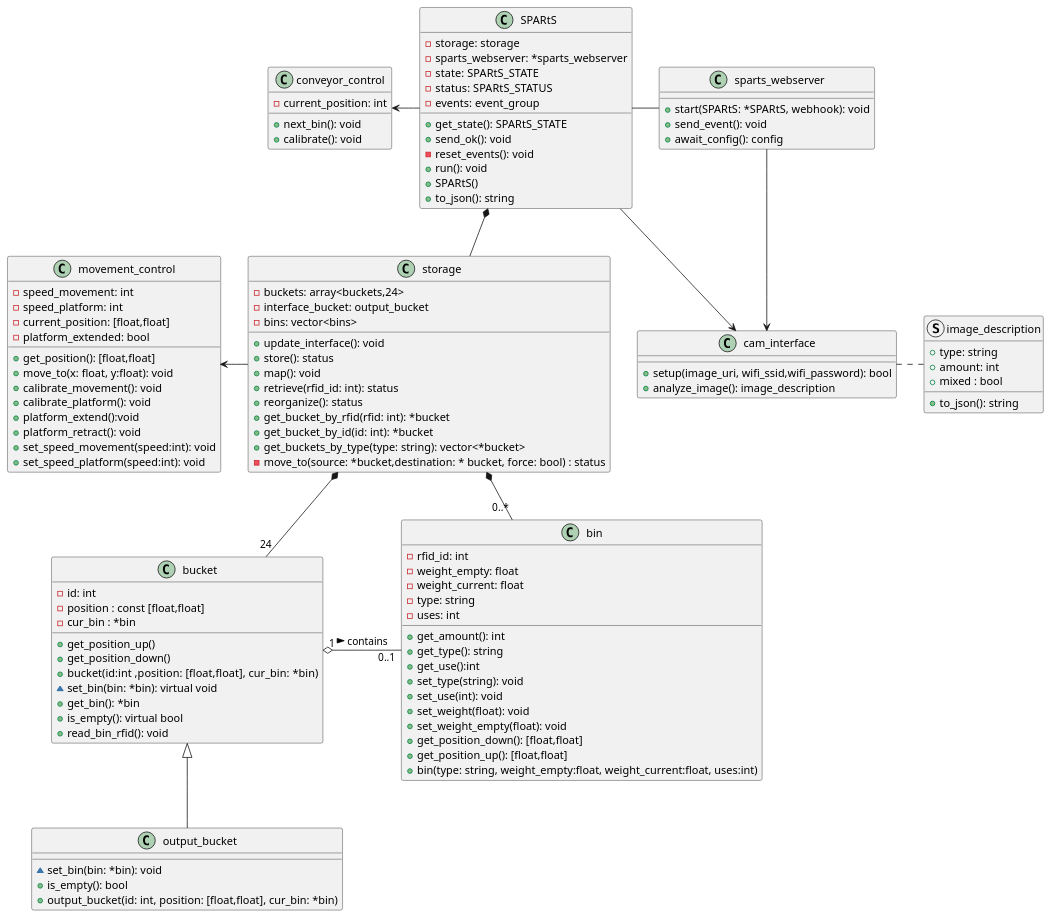
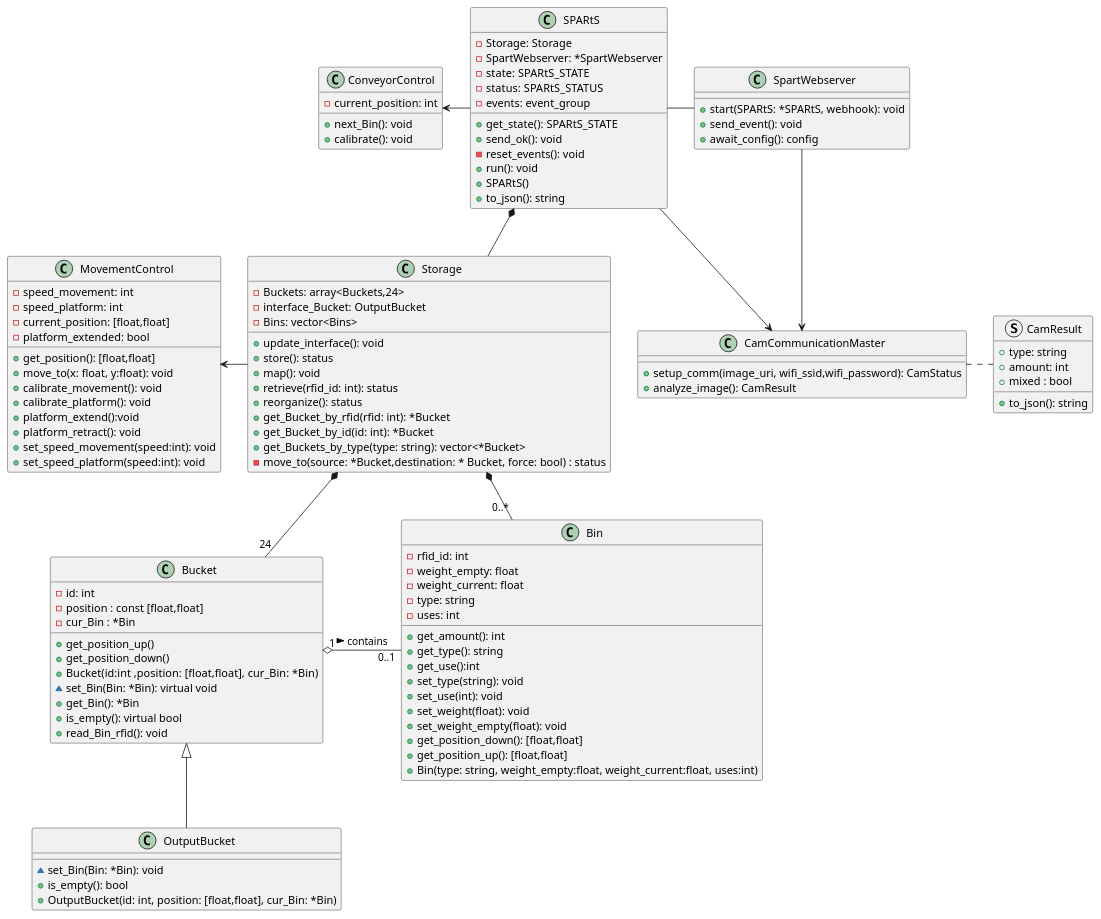
The diagram in docs/Design/class/class.plantuml (walger-lucas/SPARtS), drawn with PlantUML before and after one commit. The commit also changed 1 other file, not shown here.

Commit message:
updated diagram and removed unused code from Sparts main

```diff
--- a/docs/Design/class/class.plantuml
+++ b/docs/Design/class/class.plantuml
@@ -1,128 +1,128 @@
 @startuml class_diagram
 
-class bin {
+class Bin {
     - rfid_id: int
     - weight_empty: float
     - weight_current: float
     - type: string
     - uses: int
     + get_amount(): int 
     + get_type(): string
     + get_use():int
     + set_type(string): void
     + set_use(int): void
     + set_weight(float): void
     + set_weight_empty(float): void
     + get_position_down(): [float,float]
     + get_position_up(): [float,float]
-    + bin(type: string, weight_empty:float, weight_current:float, uses:int)
+    + Bin(type: string, weight_empty:float, weight_current:float, uses:int)
 }
 
-class bucket {
+class Bucket {
     - id: int
     - position : const [float,float]
-    - cur_bin : *bin
+    - cur_Bin : *Bin
     + get_position_up()
     + get_position_down()
-    + bucket(id:int ,position: [float,float],  cur_bin: *bin)
-    ~ set_bin(bin: *bin): virtual void
-    + get_bin(): *bin
+    + Bucket(id:int ,position: [float,float],  cur_Bin: *Bin)
+    ~ set_Bin(Bin: *Bin): virtual void
+    + get_Bin(): *Bin
     + is_empty(): virtual bool
-    + read_bin_rfid(): void
+    + read_Bin_rfid(): void
 
 }
 
-class output_bucket {
-    ~ set_bin(bin: *bin): void
+class OutputBucket {
+    ~ set_Bin(Bin: *Bin): void
     + is_empty(): bool
-    + output_bucket(id: int, position: [float,float], cur_bin: *bin)
+    + OutputBucket(id: int, position: [float,float], cur_Bin: *Bin)
 }
 
-class storage
+class Storage
 {
-    - buckets: array<buckets,24>
-    - interface_bucket: output_bucket
-    - bins: vector<bins>
+    - Buckets: array<Buckets,24>
+    - interface_Bucket: OutputBucket
+    - Bins: vector<Bins>
     + update_interface(): void
     + store(): status
     + map(): void
     + retrieve(rfid_id: int): status
     + reorganize(): status
-    + get_bucket_by_rfid(rfid: int): *bucket
-    + get_bucket_by_id(id: int): *bucket
-    + get_buckets_by_type(type: string): vector<*bucket>
-    - move_to(source: *bucket,destination: * bucket, force: bool) : status
+    + get_Bucket_by_rfid(rfid: int): *Bucket
+    + get_Bucket_by_id(id: int): *Bucket
+    + get_Buckets_by_type(type: string): vector<*Bucket>
+    - move_to(source: *Bucket,destination: * Bucket, force: bool) : status
 }
 
-bucket "1" o- "0..1" bin : contains >
-bucket <|-- output_bucket
+Bucket "1" o- "0..1" Bin : contains >
+Bucket <|-- OutputBucket
 
-storage *-- "24" bucket
-storage *-- "0..*" bin
+Storage *-- "24" Bucket
+Storage *-- "0..*" Bin
 
 class SPARtS {
-    - storage: storage
-    - sparts_webserver: *sparts_webserver
+    - Storage: Storage
+    - SpartWebserver: *SpartWebserver
     - state: SPARtS_STATE
     - status: SPARtS_STATUS
     - events: event_group
     + get_state(): SPARtS_STATE
     + send_ok(): void
     - reset_events(): void
     + run(): void
     + SPARtS()
     + to_json(): string
 }
 
-SPARtS *-- storage
+SPARtS *-- Storage
 
-class sparts_webserver {
+class SpartWebserver {
     + start(SPARtS: *SPARtS, webhook): void
     + send_event(): void
     + await_config(): config
 }
-SPARtS - sparts_webserver
+SPARtS - SpartWebserver
 
-class cam_interface {
-    + setup(image_uri, wifi_ssid,wifi_password): bool
-    + analyze_image(): image_description
+class CamCommunicationMaster {
+    + setup_comm(image_uri, wifi_ssid,wifi_password): CamStatus
+    + analyze_image(): CamResult
 }
-SPARtS --> cam_interface
-sparts_webserver --> cam_interface
+SPARtS --> CamCommunicationMaster
+SpartWebserver --> CamCommunicationMaster
 
-movement_control <-r- storage
+MovementControl <-r- Storage
 
-struct image_description {
+struct CamResult {
     + type: string
     + amount: int
     + mixed : bool
     + to_json(): string
 }
-cam_interface . image_description
+CamCommunicationMaster . CamResult
 
-class conveyor_control {
+class ConveyorControl {
     - current_position: int
-    + next_bin(): void
+    + next_Bin(): void
     + calibrate(): void
 }
 
-conveyor_control <- SPARtS
+ConveyorControl <- SPARtS
 
-class movement_control {
+class MovementControl {
     - speed_movement: int
     - speed_platform: int
     - current_position: [float,float]
     - platform_extended: bool
     + get_position(): [float,float]
     + move_to(x: float, y:float): void
     + calibrate_movement(): void
     + calibrate_platform(): void
     + platform_extend():void 
     + platform_retract(): void
     + set_speed_movement(speed:int): void
     + set_speed_platform(speed:int): void
 
 }
 
 
 @enduml
```
